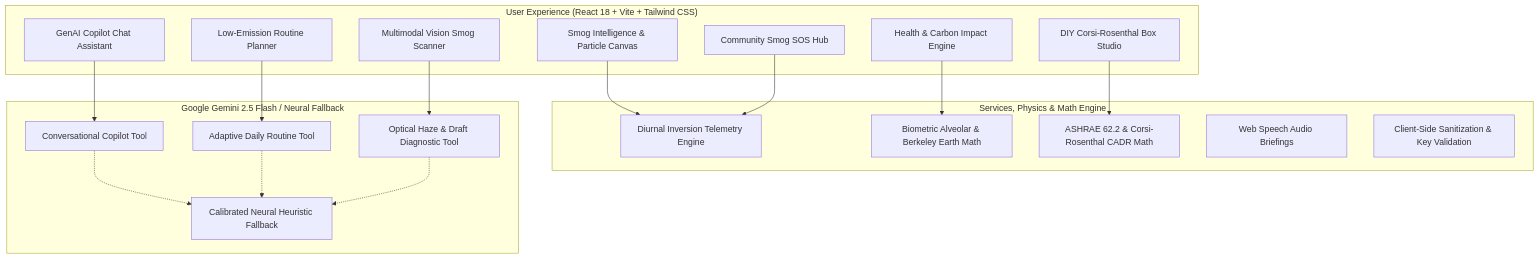
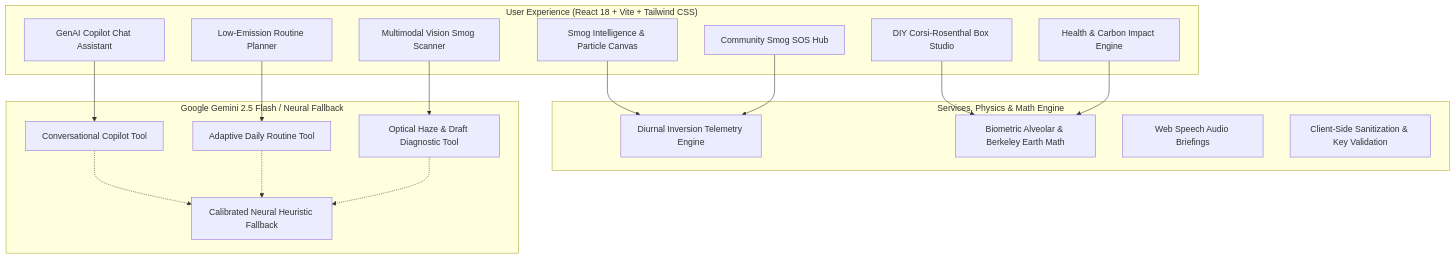
Before and after one commit to subho178/AeroSense-AI: the diagram in README.md, drawn with Mermaid. The commit also changed other lines of this file and 12 other files, not shown here.

````diff
--- a/README.md
+++ b/README.md
@@ -48,38 +48,37 @@
 ```mermaid
 flowchart TD
     subgraph UI ["User Experience (React 18 + Vite + Tailwind CSS)"]
         A[Smog Intelligence & Particle Canvas]
         B[GenAI Copilot Chat Assistant]
         C[Low-Emission Routine Planner]
         D[DIY Corsi-Rosenthal Box Studio]
         E[Multimodal Vision Smog Scanner]
         F[Health & Carbon Impact Engine]
         G[Community Smog SOS Hub]
     end
 
     subgraph CoreEngine ["Services, Physics & Math Engine"]
         AQI[Diurnal Inversion Telemetry Engine]
         MathEngine[Biometric Alveolar & Berkeley Earth Math]
-        IAQEngine[ASHRAE 62.2 & Corsi-Rosenthal CADR Math]
         VoiceService[Web Speech Audio Briefings]
         SecurityUtil[Client-Side Sanitization & Key Validation]
     end
 
     subgraph GenAI ["Google Gemini 2.5 Flash / Neural Fallback"]
         ChatGen[Conversational Copilot Tool]
         RoutineGen[Adaptive Daily Routine Tool]
         VisionGen[Optical Haze & Draft Diagnostic Tool]
         LocalFallback[Calibrated Neural Heuristic Fallback]
     end
 
     A --> AQI
     B --> ChatGen
     C --> RoutineGen
-    D --> IAQEngine
+    D --> MathEngine
     E --> VisionGen
     F --> MathEngine
     G --> AQI
     ChatGen -.-> LocalFallback
     RoutineGen -.-> LocalFallback
     VisionGen -.-> LocalFallback
 ```
````
